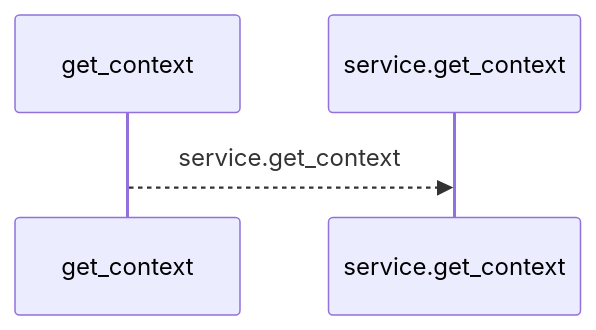
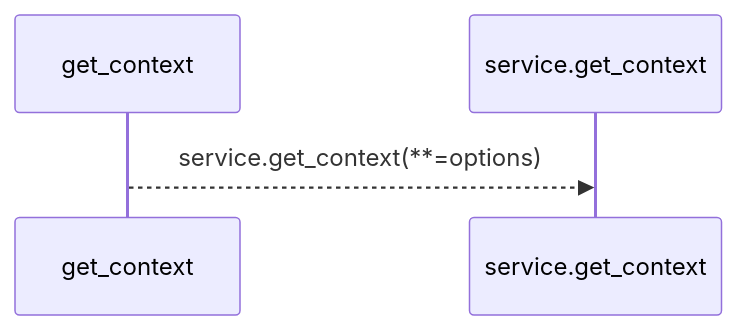
One commit to Denissvgn/python-wiki-llm changed the first of 2 diagrams in docs/llm_wiki/flows/mcp-get_context.md. Above: the diagram before and after it, drawn with Mermaid. The commit also changed other lines of this file and 1410 other files, not shown here.

````diff
--- a/docs/llm_wiki/flows/mcp-get_context.md
+++ b/docs/llm_wiki/flows/mcp-get_context.md
@@ -10,6 +12,6 @@
 ```mermaid
 sequenceDiagram
     participant p0 as get_context
     participant p1 as service.get_context
-    p0-->>p1: service.get_context
+    p0-->>p1: service.get_context(**=options)
 ```
````
